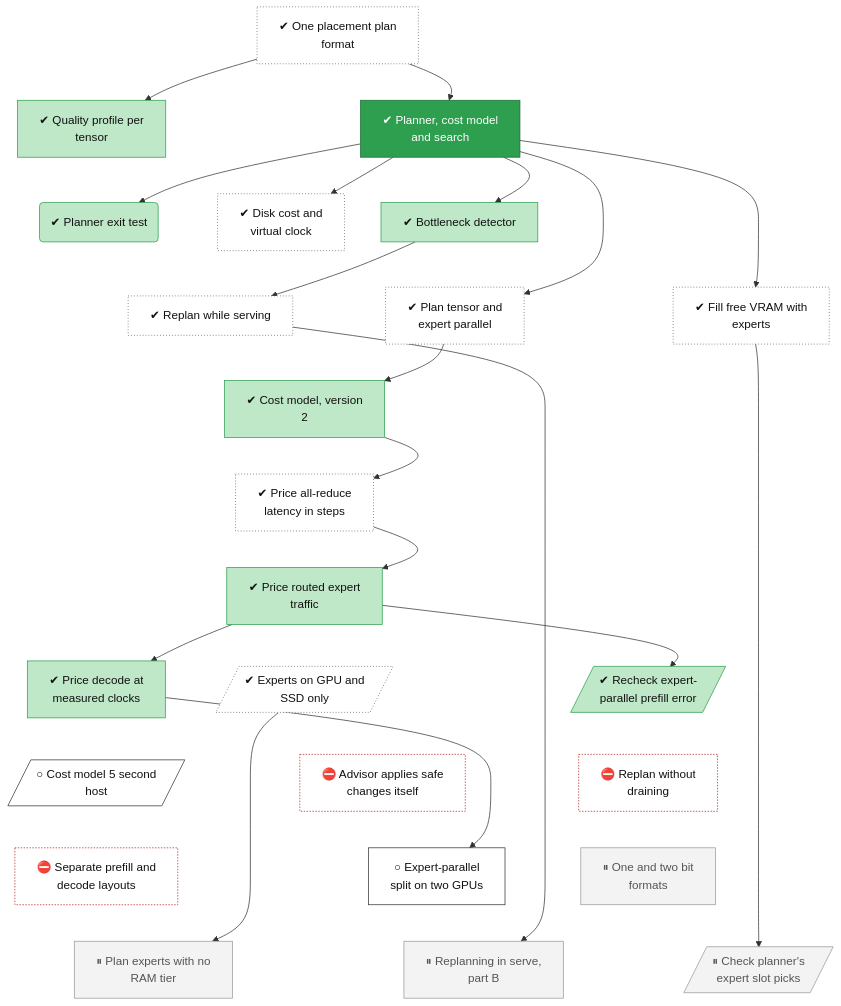
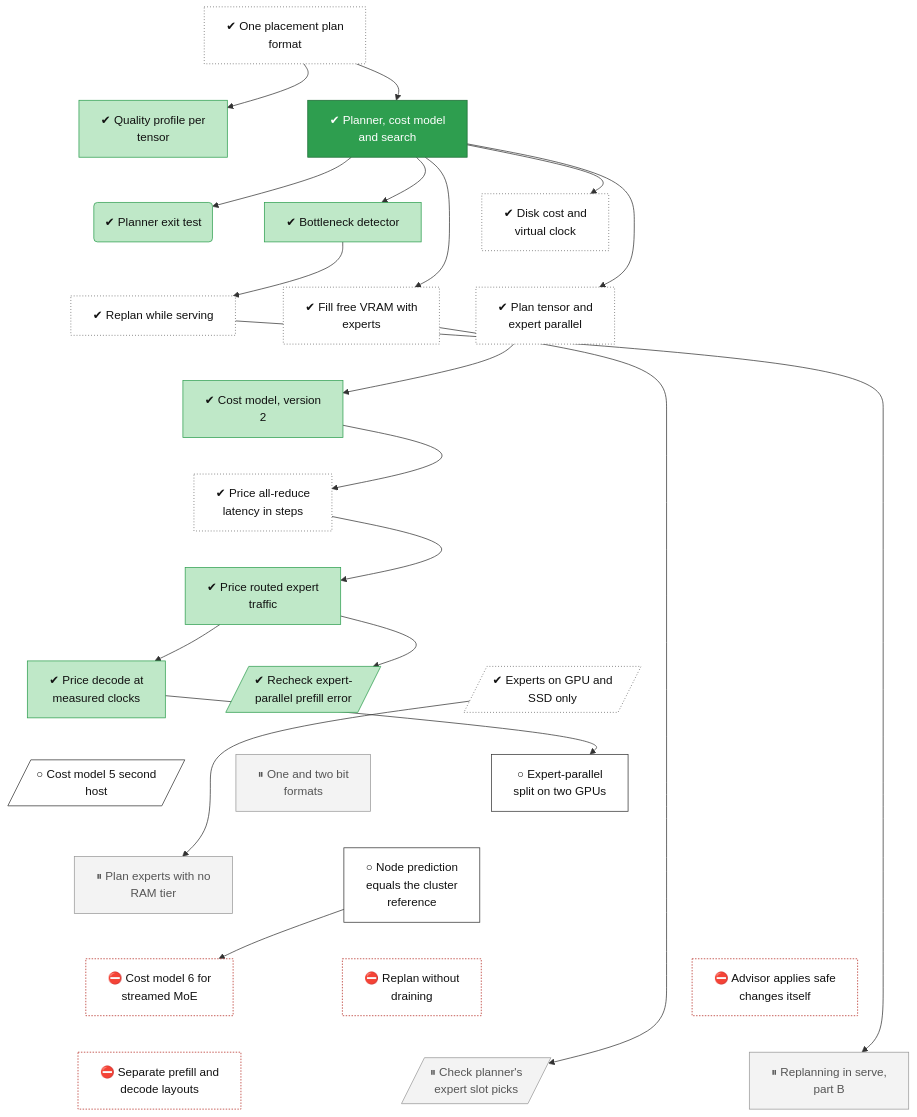
The diagram in docs/roadmap/tracks/planner.md (lhns/tetraeder), drawn with Mermaid before and after one commit. The commit also changed other lines of this file and 9 other files, not shown here.

Commit message:
Owner 2026-11-24: the exit prompt's routing trace may price the judged prediction (ADR 0091 answer 6); tree nodes from the prediction diagnosis (node-predict check, RAM tier complement, exit segment harness, cost model 6, one-segment confirmation gating the rehearsal) (not measured)

````diff
--- a/docs/roadmap/tracks/planner.md
+++ b/docs/roadmap/tracks/planner.md
@@ -25,12 +25,14 @@
     planner_ep_prefill_recheck[/"✔ Recheck expert-<br/>parallel prefill error"/]
     planner_low_ram_modes[/"✔ Experts on GPU and<br/>SSD only"/]
     planner_cost_model_v5_host2[/"○ Cost model 5 second<br/>host"/]
+    planner_low_bit_formats["⏸ One and two bit<br/>formats"]
+    planner_ep_split["○ Expert-parallel<br/>split on two GPUs"]
+    planner_ram_slots_zero["⏸ Plan experts with no<br/>RAM tier"]
+    planner_node_predict_check["○ Node prediction<br/>equals the cluster<br/>reference"]
+    planner_costmodel_stream_terms["⛔ Cost model 6 for<br/>streamed MoE"]
     planner_live_replan["⛔ Replan without<br/>draining"]
     planner_advisor_auto["⛔ Advisor applies safe<br/>changes itself"]
     planner_split_layouts["⛔ Separate prefill and<br/>decode layouts"]
-    planner_low_bit_formats["⏸ One and two bit<br/>formats"]
-    planner_ep_split["○ Expert-parallel<br/>split on two GPUs"]
-    planner_ram_slots_zero["⏸ Plan experts with no<br/>RAM tier"]
     planner_slot_campaign[/"⏸ Check planner's<br/>expert slot picks"/]
     planner_replan_part_b["⏸ Replanning in serve,<br/>part B"]
     planner_plan_ir ~~~ planner_quality
@@ -50,14 +52,17 @@
     planner_cost_v4 ~~~ planner_ep_prefill_recheck
     planner_cost_v4 ~~~ planner_low_ram_modes
     planner_cost_model_v5 ~~~ planner_cost_model_v5_host2
-    planner_ep_prefill_recheck ~~~ planner_live_replan
-    planner_low_ram_modes ~~~ planner_advisor_auto
-    planner_cost_model_v5_host2 ~~~ planner_split_layouts
-    planner_live_replan ~~~ planner_low_bit_formats
-    planner_advisor_auto ~~~ planner_ep_split
-    planner_split_layouts ~~~ planner_ram_slots_zero
-    planner_low_bit_formats ~~~ planner_slot_campaign
-    planner_ep_split ~~~ planner_replan_part_b
+    planner_ep_prefill_recheck ~~~ planner_low_bit_formats
+    planner_low_ram_modes ~~~ planner_ep_split
+    planner_cost_model_v5_host2 ~~~ planner_ram_slots_zero
+    planner_low_bit_formats ~~~ planner_node_predict_check
+    planner_ep_split ~~~ planner_node_predict_check
+    planner_ram_slots_zero ~~~ planner_costmodel_stream_terms
+    planner_node_predict_check ~~~ planner_live_replan
+    planner_node_predict_check ~~~ planner_advisor_auto
+    planner_costmodel_stream_terms ~~~ planner_split_layouts
+    planner_live_replan ~~~ planner_slot_campaign
+    planner_advisor_auto ~~~ planner_replan_part_b
     planner_plan_ir --> planner_quality
     planner_plan_ir --> planner_core
     planner_core --> planner_exit
@@ -73,6 +78,7 @@
     planner_cost_v4 --> planner_ep_prefill_recheck
     planner_cost_model_v5 --> planner_ep_split
     planner_low_ram_modes --> planner_ram_slots_zero
+    planner_node_predict_check --> planner_costmodel_stream_terms
     planner_fill_tier --> planner_slot_campaign
     planner_replan --> planner_replan_part_b
     classDef vsucc fill:#2e9e4f,stroke:#1b6b34,color:#fff
@@ -92,7 +98,7 @@
     class planner_plan_ir,planner_tier_cost,planner_replan,planner_fill_tier,planner_parallel_shapes,planner_cost_v3,planner_low_ram_modes unrated
     class planner_quality,planner_exit,planner_detector,planner_cost_v2,planner_cost_v4,planner_cost_model_v5,planner_ep_prefill_recheck succ
     class planner_core vsucc
-    class planner_cost_model_v5_host2,planner_ep_split next
-    class planner_live_replan,planner_advisor_auto,planner_split_layouts blocked
+    class planner_cost_model_v5_host2,planner_ep_split,planner_node_predict_check next
     class planner_low_bit_formats,planner_ram_slots_zero,planner_slot_campaign,planner_replan_part_b parked
+    class planner_costmodel_stream_terms,planner_live_replan,planner_advisor_auto,planner_split_layouts blocked
 ```
````
